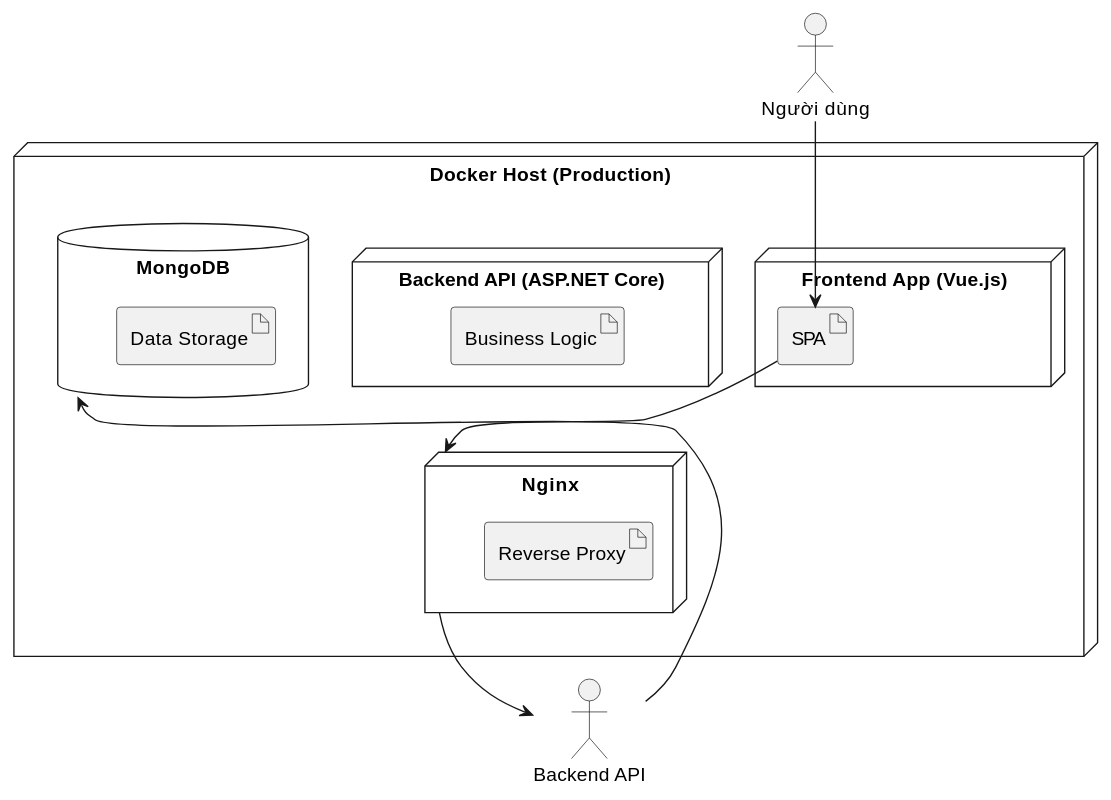
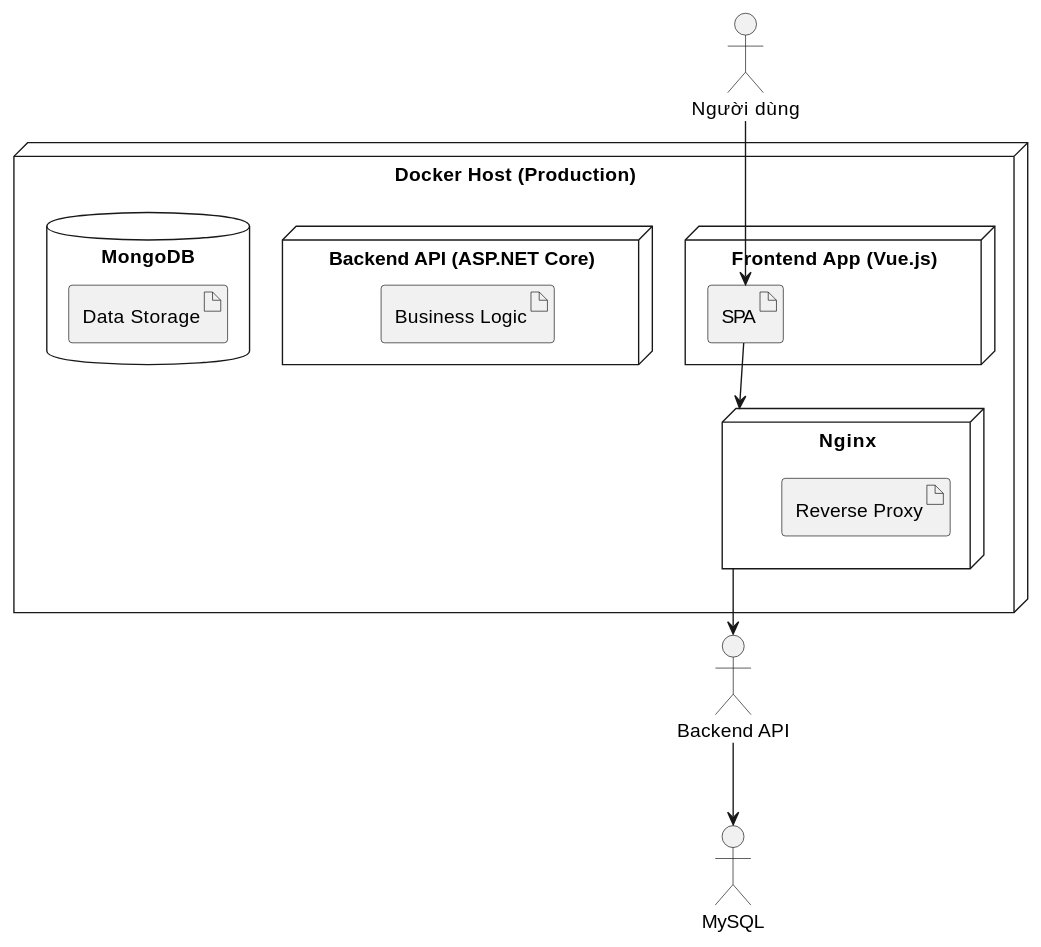
The fourth of 4 diagrams in docs/2_technical/system_design.md (hkthao/family-tree-3), drawn with PlantUML before and after one commit. The commit also changed other lines of this file and 66 other files, not shown here.

````diff
--- a/docs/2_technical/system_design.md
+++ b/docs/2_technical/system_design.md
@@ -164,26 +165,26 @@
 ```plantuml
 @startuml
 node "Docker Host (Production)" {
   node "Nginx" {
     artifact "Reverse Proxy"
   }
   node "Frontend App (Vue.js)" {
     artifact "SPA"
   }
   node "Backend API (ASP.NET Core)" {
     artifact "Business Logic"
   }
   database "MongoDB" {
     artifact "Data Storage"
   }
 }
 
 actor "Người dùng" as user
 
 user --> "SPA"
 "SPA" --> "Nginx"
 "Nginx" --> "Backend API"
-"Backend API" --> "MongoDB"
+"Backend API" --> "MySQL"
 @enduml
 
 ```
````
